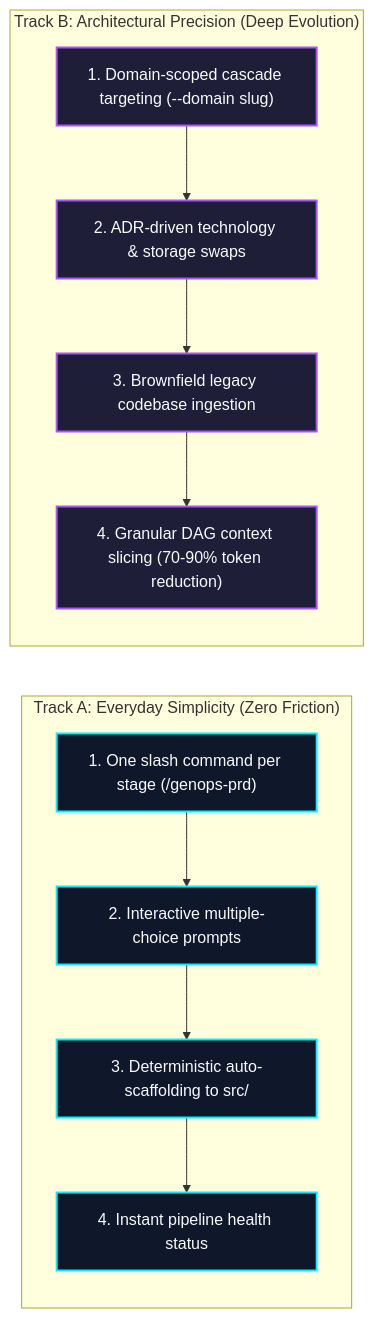
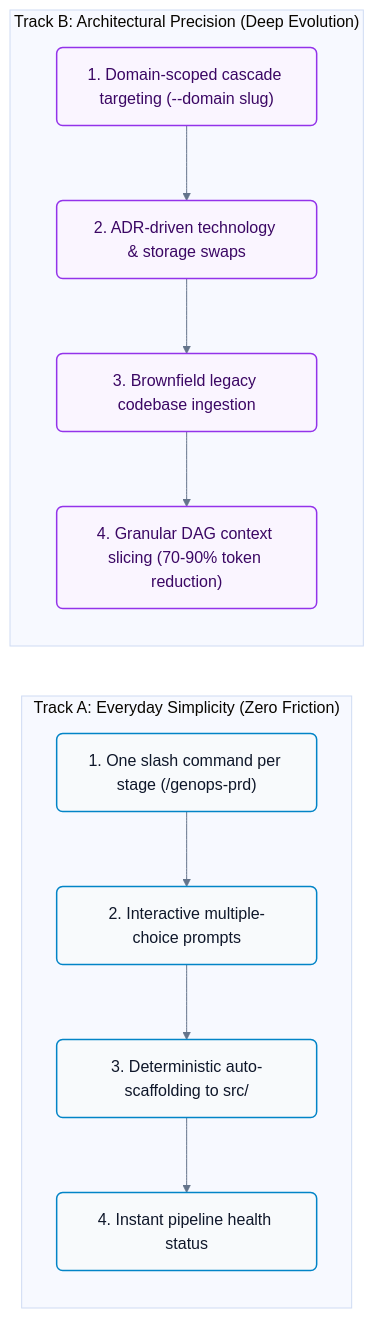
Before and after one commit to seismael/GenOps: the first of 8 diagrams in docs/guides/USE_CASES_AND_WORKFLOWS.md, drawn with Mermaid. The commit also changed other lines of this file and 2 other files, not shown here.

Commit message:
docs: establish ContextOps architecture with RFC-001 and documentation for usage workflows and project overview.

````diff
--- a/docs/guides/USE_CASES_AND_WORKFLOWS.md
+++ b/docs/guides/USE_CASES_AND_WORKFLOWS.md
@@ -11,25 +11,26 @@
 ```mermaid
+%%{init: {'theme': 'base', 'themeVariables': { 'fontFamily': 'Inter, system-ui, sans-serif', 'lineColor': '#64748b', 'primaryTextColor': '#0f172a' }}}%%
 flowchart LR
     subgraph TrackA ["Track A: Everyday Simplicity (Zero Friction)"]
         direction TB
         A1["1. One slash command per stage (/genops-prd)"]
         A2["2. Interactive multiple-choice prompts"]
         A3["3. Deterministic auto-scaffolding to src/"]
         A4["4. Instant pipeline health status"]
         A1 --> A2 --> A3 --> A4
     end
 
     subgraph TrackB ["Track B: Architectural Precision (Deep Evolution)"]
         direction TB
         B1["1. Domain-scoped cascade targeting (--domain slug)"]
         B2["2. ADR-driven technology & storage swaps"]
         B3["3. Brownfield legacy codebase ingestion"]
         B4["4. Granular DAG context slicing (70-90% token reduction)"]
         B1 --> B2 --> B3 --> B4
     end
 
-    classDef trackA fill:#0f172a,stroke:#00f0ff,stroke-width:2px,color:#f8fafc;
-    classDef trackB fill:#1e1e38,stroke:#a855f7,stroke-width:2px,color:#f8fafc;
+    classDef trackA fill:#f8fafc,stroke:#0284c7,stroke-width:1.5px,color:#0f172a,rx:6px,ry:6px;
+    classDef trackB fill:#faf5ff,stroke:#9333ea,stroke-width:1.5px,color:#3b0764,rx:6px,ry:6px;
     class A1,A2,A3,A4 trackA;
     class B1,B2,B3,B4 trackB;
 ```
````
